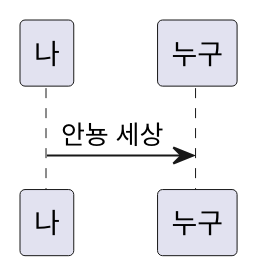
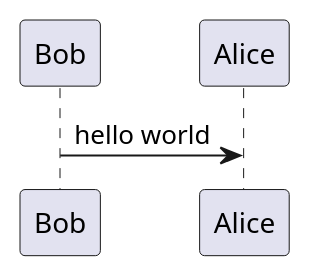
One commit to bbie-6772/bbie-6772.github.io changed the second of 4 diagrams in _posts/2024-11-01-plantuml-example.md. Above: the diagram before and after it, drawn with PlantUML. The commit also changed other lines of this file and 3 other files, not shown here.

````diff
--- a/_posts/2024-11-01-plantuml-example.md
+++ b/_posts/2024-11-01-plantuml-example.md
@@ -17,3 +18,3 @@
 ``` plantuml!
-나 -> 누구 : 안뇽 세상
+Bob -> Alice : hello world
 ```
````
